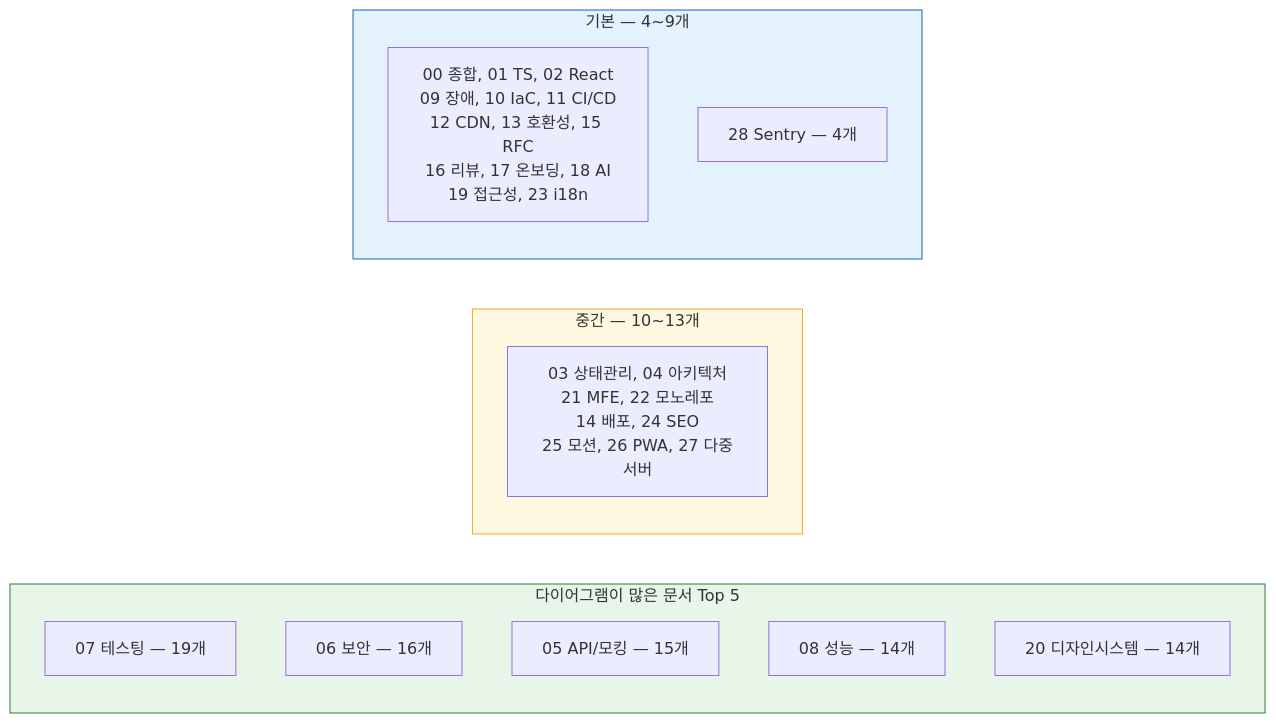
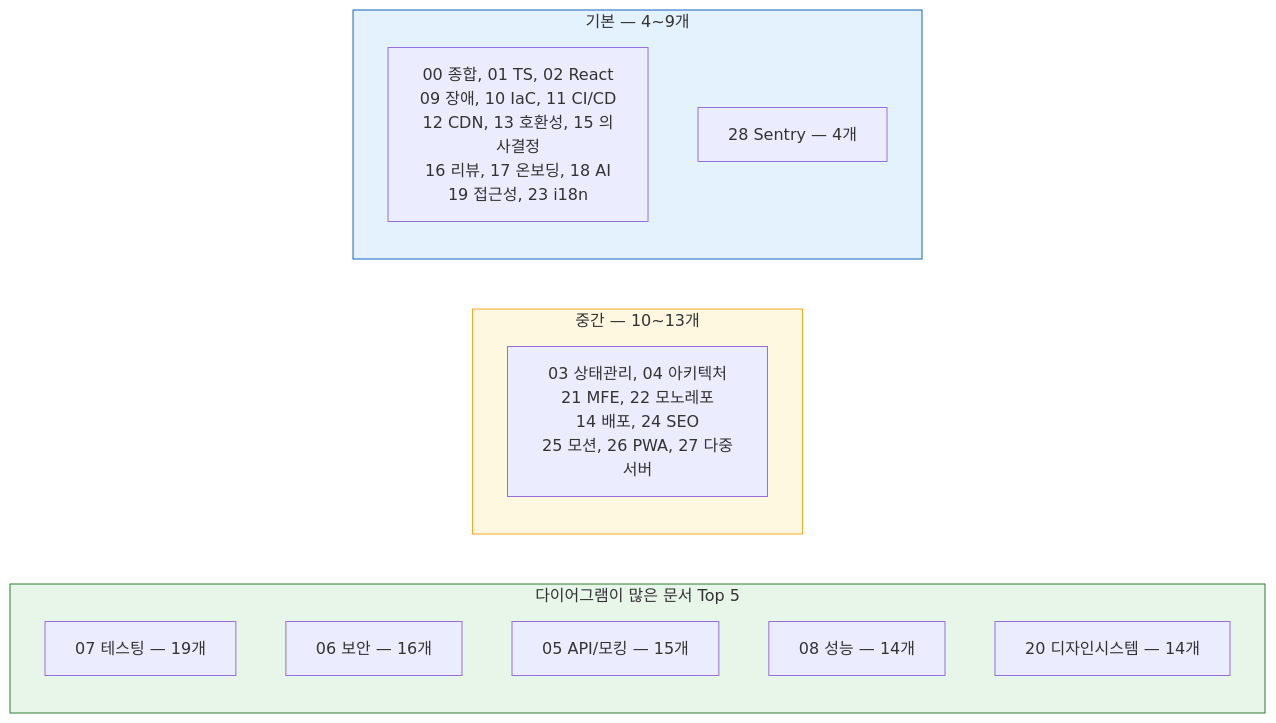
One commit to blue45f/heejun changed the first of 4 diagrams in README.md. Above: the diagram before and after it, drawn with Mermaid. The commit also changed other lines of this file and 23 other files, not shown here.

````diff
--- a/README.md
+++ b/README.md
@@ -19,26 +19,26 @@
 ```mermaid
 flowchart LR
   subgraph TOP["다이어그램이 많은 문서 Top 5"]
     direction TB
     T1["07 테스팅 — 19개"]
     T2["06 보안 — 16개"]
     T3["05 API/모킹 — 15개"]
     T4["08 성능 — 14개"]
     T5["20 디자인시스템 — 14개"]
   end
 
   subgraph MID["중간 — 10~13개"]
     direction TB
     M1["03 상태관리, 04 아키텍처<br/>21 MFE, 22 모노레포<br/>14 배포, 24 SEO<br/>25 모션, 26 PWA, 27 다중서버"]
   end
 
   subgraph LOW["기본 — 4~9개"]
     direction TB
-    L1["00 종합, 01 TS, 02 React<br/>09 장애, 10 IaC, 11 CI/CD<br/>12 CDN, 13 호환성, 15 RFC<br/>16 리뷰, 17 온보딩, 18 AI<br/>19 접근성, 23 i18n"]
+    L1["00 종합, 01 TS, 02 React<br/>09 장애, 10 IaC, 11 CI/CD<br/>12 CDN, 13 호환성, 15 의사결정<br/>16 리뷰, 17 온보딩, 18 AI<br/>19 접근성, 23 i18n"]
     L2["28 Sentry — 4개"]
   end
 
   style TOP fill:#e8f5e9,stroke:#2e7d32
   style MID fill:#fff8e1,stroke:#f9a825
   style LOW fill:#e3f2fd,stroke:#1565c0
 ```
````
